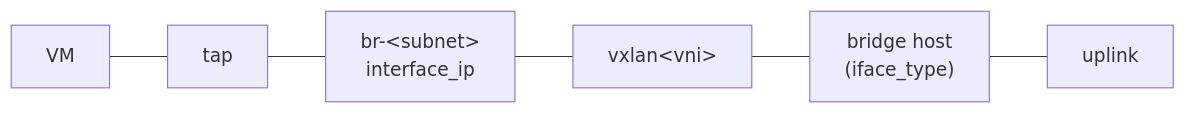
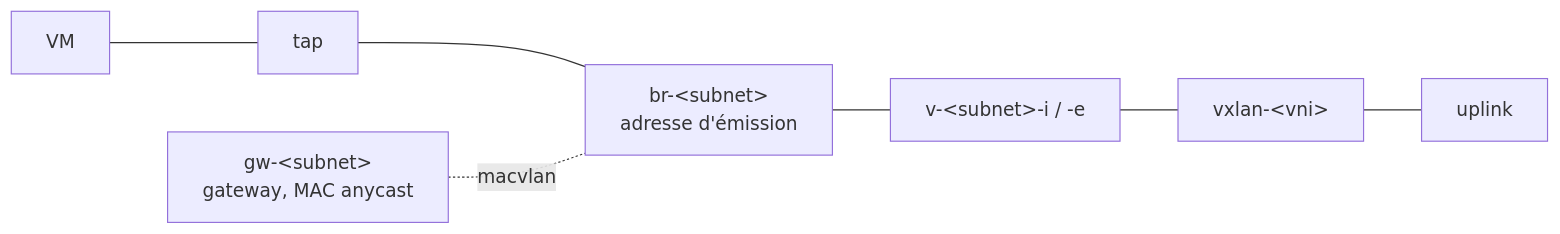
The diagram in docs/concepts/modes-reseau.rst (GnomeZworc/two-mirror), drawn with Mermaid before and after one commit. The commit also changed other lines of this file and 5 other files, not shown here.

Commit message:
f-57: doc: gateway anycast (modes réseau, invariants, diagnostic), contrat d'API et notes de version 0.2.0 #57

```diff
--- a/docs/concepts/modes-reseau.rst
+++ b/docs/concepts/modes-reseau.rst
@@ -36,5 +36,6 @@
 .. mermaid::
 
    graph LR
-     VM --- TAP[tap] --- BR["br-&lt;subnet&gt;<br/>interface_ip"]
-     BR --- VX["vxlan&lt;vni&gt;"] --- HBR["bridge host<br/>(iface_type)"] --- UP[uplink]
+     VM --- TAP[tap] --- BR["br-&lt;subnet&gt;<br/>adresse d'émission"]
+     GW["gw-&lt;subnet&gt;<br/>gateway, MAC anycast"] -. macvlan .- BR
+     BR --- VETH["v-&lt;subnet&gt;-i / -e"] --- VX["vxlan-&lt;vni&gt;"] --- UP[uplink]
```
